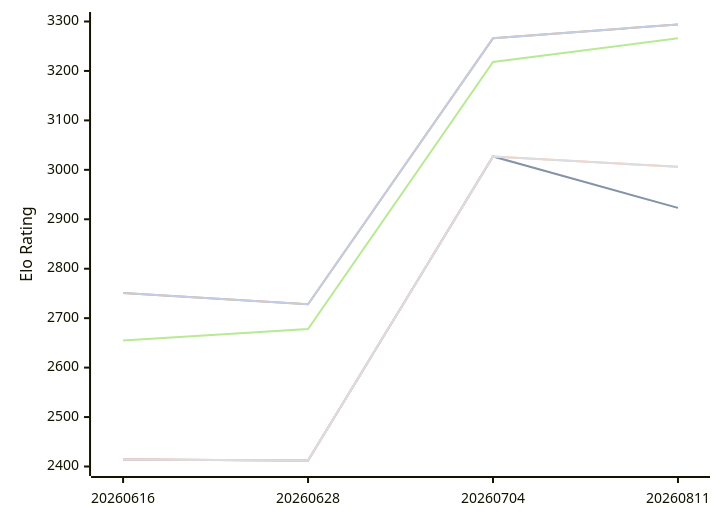
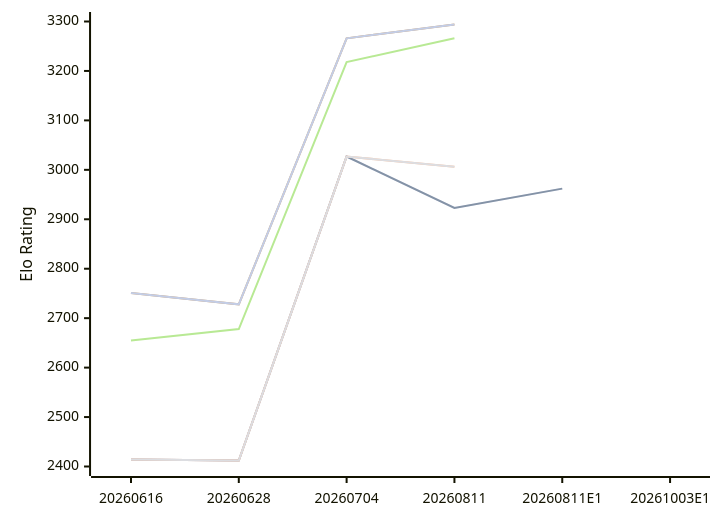
Before and after one commit to computer-chess-index/cci: the diagram in engines/Askaig.md, drawn with Mermaid. The commit also changed other lines of this file, not shown here.

Commit message:
Update CCI Ratings (ELO VLTC) - 2026-10-11

````diff
--- a/engines/Askaig.md
+++ b/engines/Askaig.md
@@ -52,13 +52,13 @@
 ```mermaid
 %%{init: {"theme":"base","themeVariables":{"seriesColors:['#a3a3a3','#222221','#faa371']}}}%%
 xychart-beta
-  x-axis ["20260616", "20260628", "20260704", "20260811"]
+  x-axis ["20260616", "20260628", "20260704", "20260811","20260811E1", "20261003E1"]
   y-axis "Elo Rating" 2400 --> 3300
   line "" [2414, 2412, 3027,2923, 2962]
   line "E1: STC (8.0+0.08s)" [2414, 2412, 3027,2923, 2962]
   line "" [2414, 2412, 3027, 3006]
   line "T1: STC (8.0+0.08s)" [2414, 2412, 3027, 3006]
   line "T1: LTC (60.0+0.60s)" [2655, 2678, 3218, 3266]
   line "" [2751, 2728, 3266, 3294]
   line "T1: VLTC (2m24s+1.12s)" [2751, 2728, 3266, 3294]
 ```
````
